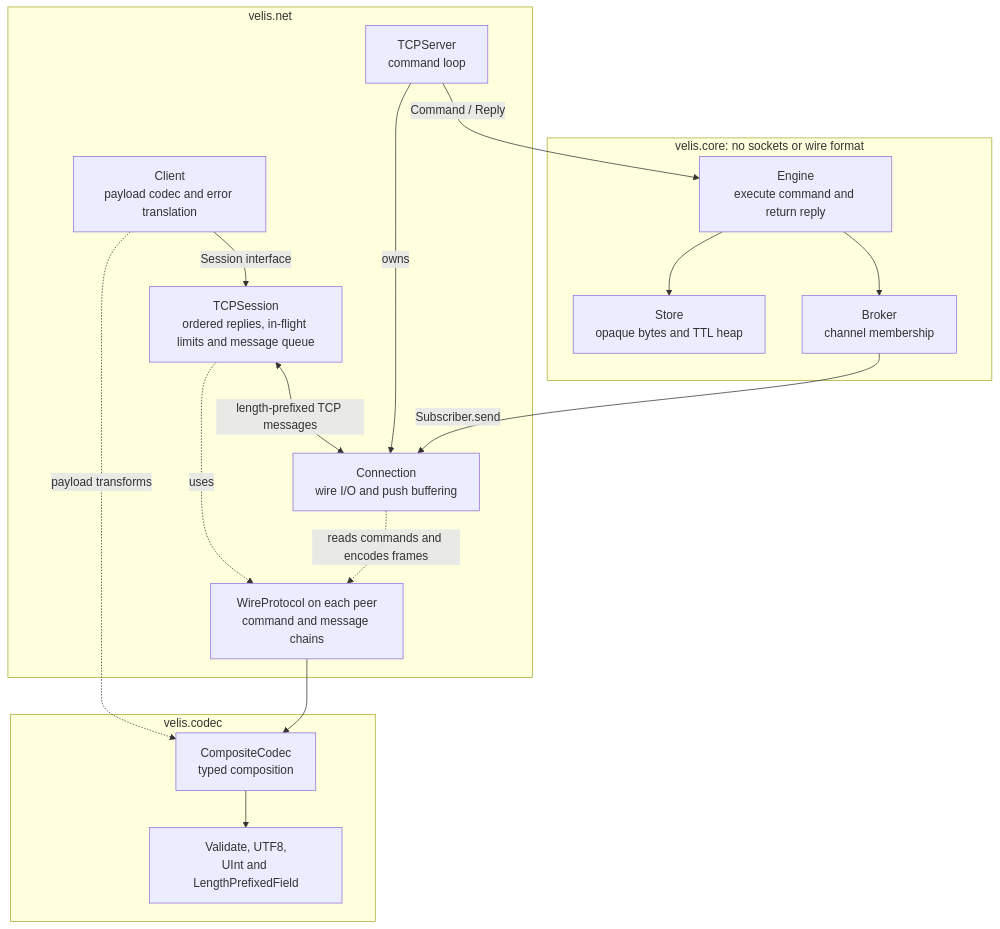
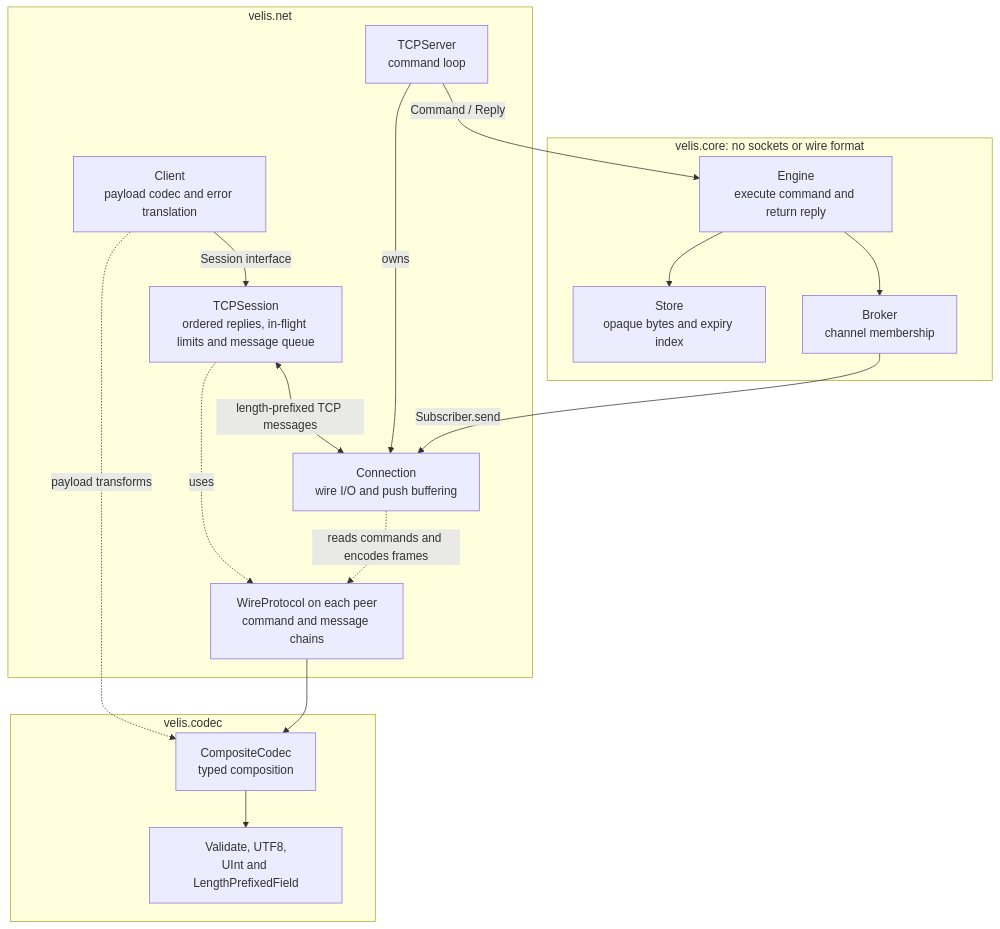
Before and after one commit to gchape/velis: the first of 6 diagrams in README.md, drawn with Mermaid. The commit also changed other lines of this file and 1 other file, not shown here.

````diff
--- a/README.md
+++ b/README.md
@@ -121,34 +116,34 @@
 ```mermaid
 flowchart TB
     subgraph net ["velis.net"]
         client["Client<br/>payload codec and error translation"]
         session["TCPSession<br/>ordered replies, in-flight limits and message queue"]
         server["TCPServer<br/>command loop"]
         conn["Connection<br/>wire I/O and push buffering"]
         wire["WireProtocol on each peer<br/>command and message chains"]
     end
 
     subgraph codecs ["velis.codec"]
         chain["CompositeCodec<br/>typed composition"]
         stages["Validate, UTF8,<br/>UInt and LengthPrefixedField"]
     end
 
     subgraph core ["velis.core: no sockets or wire format"]
         engine["Engine<br/>execute command and return reply"]
-        store["Store<br/>opaque bytes and TTL heap"]
+        store["Store<br/>opaque bytes and expiry index"]
         broker["Broker<br/>channel membership"]
     end
 
     client -->|"Session interface"| session
     session <-->|"length-prefixed TCP messages"| conn
     server -->|"owns"| conn
     server -->|"Command / Reply"| engine
     session -.->|"uses"| wire
     conn -.->|"reads commands and encodes frames"| wire
     client -.->|"payload transforms"| chain
     wire --> chain
     chain --> stages
     engine --> store
     engine --> broker
     broker -->|"Subscriber.send"| conn
 ```
````
